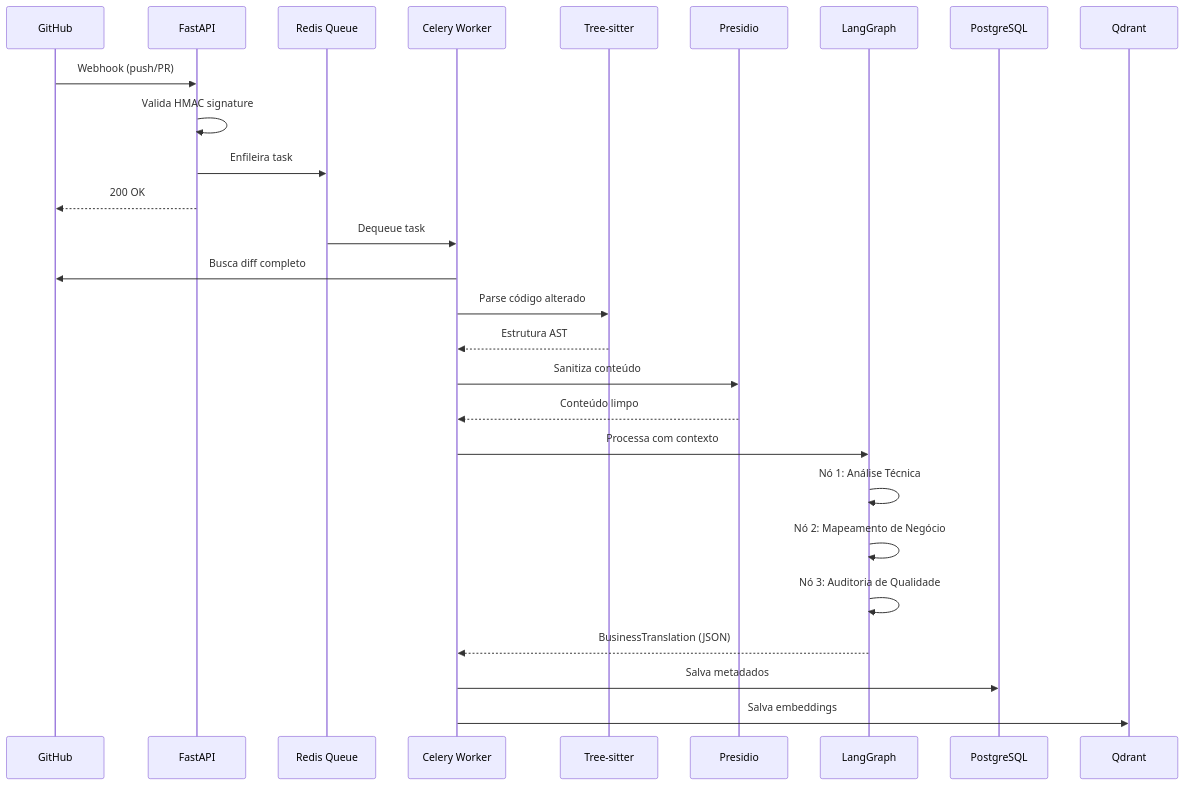
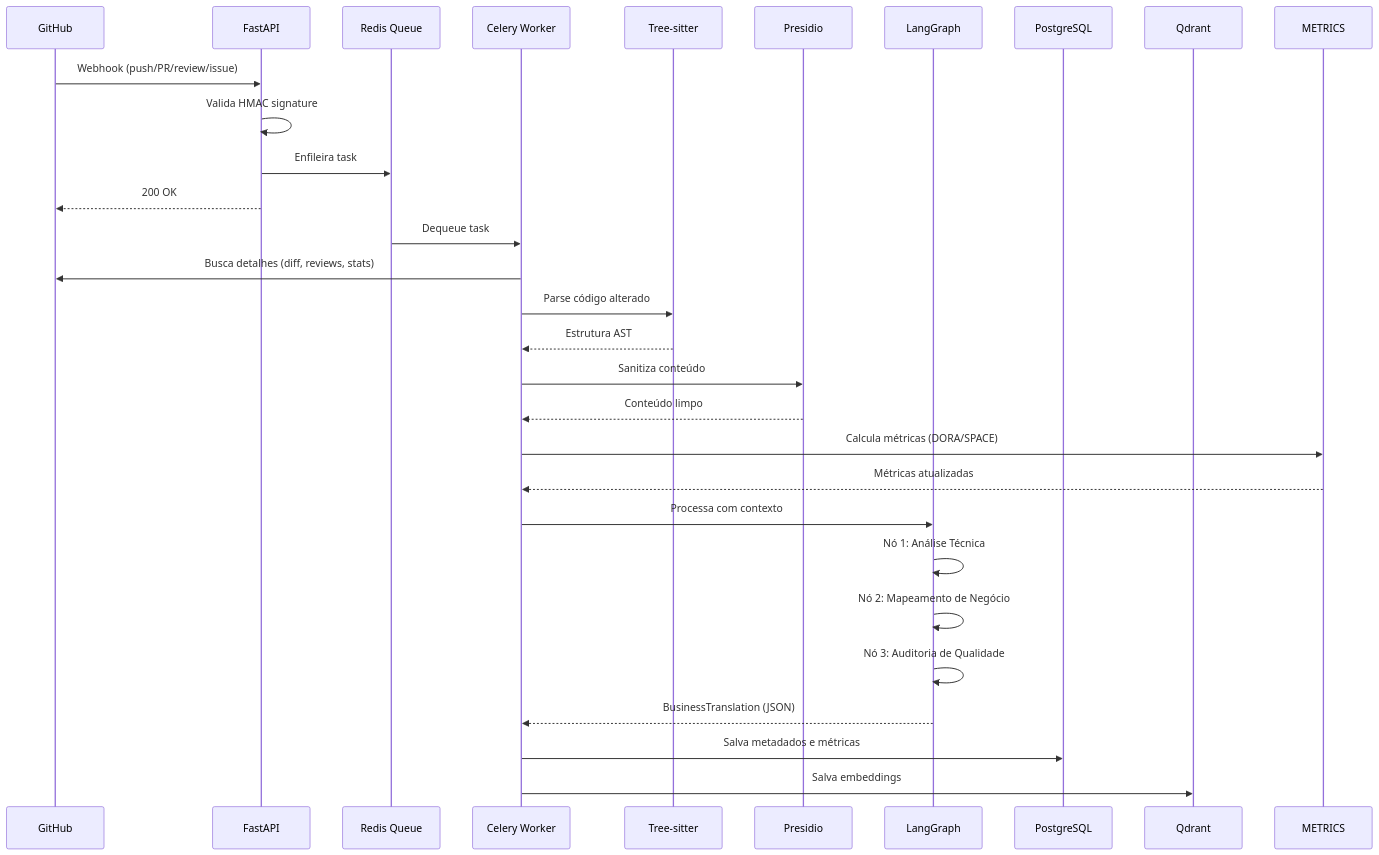
One commit to pedsanches/devbridge changed the first of 3 diagrams in docs/architecture/data-flow.md. Above: the diagram before and after it, drawn with Mermaid. The commit also changed other lines of this file and 7 other files, not shown here.

````diff
--- a/docs/architecture/data-flow.md
+++ b/docs/architecture/data-flow.md
@@ -7,34 +7,37 @@
 ```mermaid
 sequenceDiagram
     participant GH as GitHub
     participant API as FastAPI
     participant REDIS as Redis Queue
     participant WORKER as Celery Worker
     participant AST as Tree-sitter
     participant PII as Presidio
     participant AGENT as LangGraph
     participant PG as PostgreSQL
     participant QD as Qdrant
-    
-    GH->>API: Webhook (push/PR)
+
+    GH->>API: Webhook (push/PR/review/issue)
     API->>API: Valida HMAC signature
     API->>REDIS: Enfileira task
     API-->>GH: 200 OK
-    
+
     REDIS->>WORKER: Dequeue task
-    WORKER->>GH: Busca diff completo
+    WORKER->>GH: Busca detalhes (diff, reviews, stats)
     WORKER->>AST: Parse código alterado
     AST-->>WORKER: Estrutura AST
-    
+
     WORKER->>PII: Sanitiza conteúdo
     PII-->>WORKER: Conteúdo limpo
-    
+
+    WORKER->>METRICS: Calcula métricas (DORA/SPACE)
+    METRICS-->>WORKER: Métricas atualizadas
+
     WORKER->>AGENT: Processa com contexto
     AGENT->>AGENT: Nó 1: Análise Técnica
     AGENT->>AGENT: Nó 2: Mapeamento de Negócio
     AGENT->>AGENT: Nó 3: Auditoria de Qualidade
     AGENT-->>WORKER: BusinessTranslation (JSON)
-    
-    WORKER->>PG: Salva metadados
+
+    WORKER->>PG: Salva metadados e métricas
     WORKER->>QD: Salva embeddings
 ```
````
